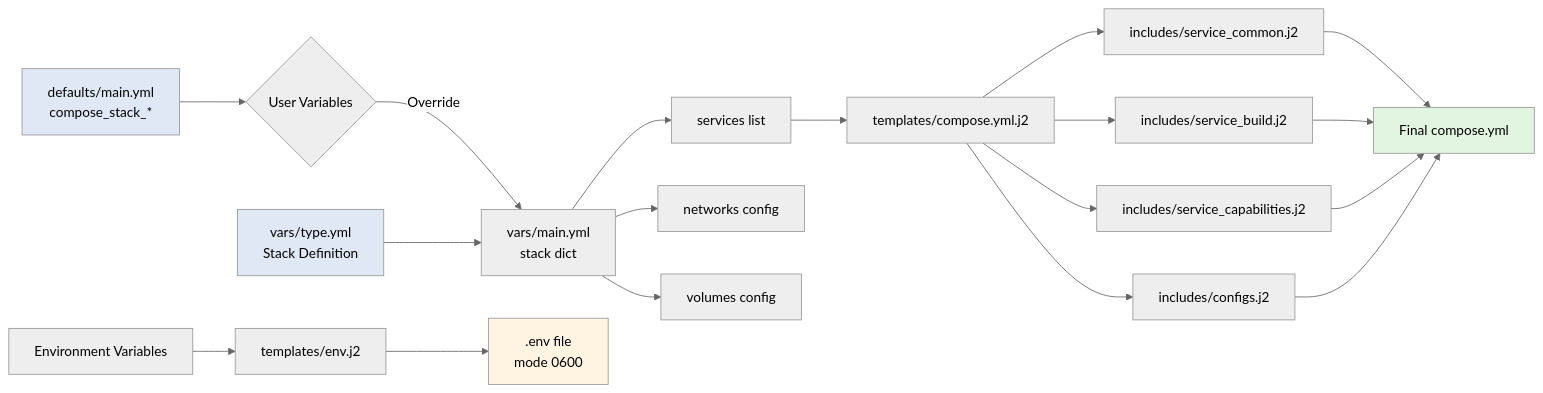
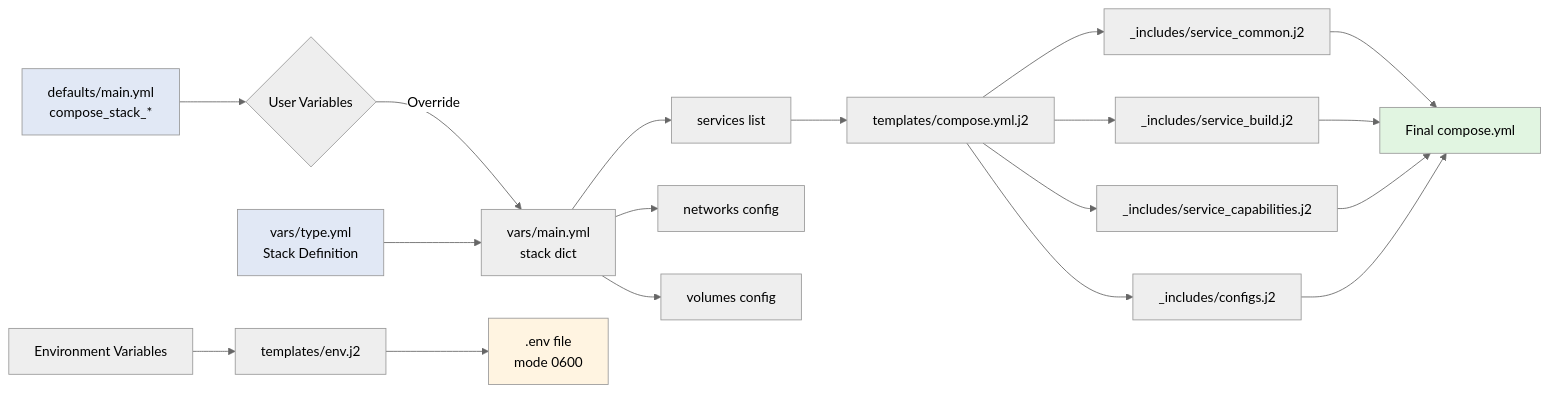
Before and after one commit to cloudnonsense-com/ansible-role-compose-stack: the second of 5 diagrams in docs/architecture.md, drawn with Mermaid (neutral theme). The commit also changed 19 other files, not shown here.

````diff
--- a/docs/architecture.md
+++ b/docs/architecture.md
@@ -72,31 +72,31 @@
 ```mermaid
 flowchart LR
     DefaultVars[defaults/main.yml<br/>compose_stack_*] --> Override{User Variables}
     Override -->|Override| StackDict[vars/main.yml<br/>stack dict]
 
     TypeVars[vars/type.yml<br/>Stack Definition] --> StackDict
 
     StackDict --> Services[services list]
     StackDict --> Networks[networks config]
     StackDict --> Volumes[volumes config]
 
     Services --> Template[templates/compose.yml.j2]
 
-    Template --> IncCommon[includes/service_common.j2]
-    Template --> IncBuild[includes/service_build.j2]
-    Template --> IncCaps[includes/service_capabilities.j2]
-    Template --> IncConfigs[includes/configs.j2]
+    Template --> IncCommon[_includes/service_common.j2]
+    Template --> IncBuild[_includes/service_build.j2]
+    Template --> IncCaps[_includes/service_capabilities.j2]
+    Template --> IncConfigs[_includes/configs.j2]
 
     IncCommon --> Final[Final compose.yml]
     IncBuild --> Final
     IncCaps --> Final
     IncConfigs --> Final
 
     Env[Environment Variables] --> EnvTemplate[templates/env.j2]
     EnvTemplate --> EnvFile[.env file<br/>mode 0600]
 
     style DefaultVars fill:#e1e8f5
     style TypeVars fill:#e1e8f5
     style Final fill:#e1f5e1
     style EnvFile fill:#fff4e1
 ```
````
